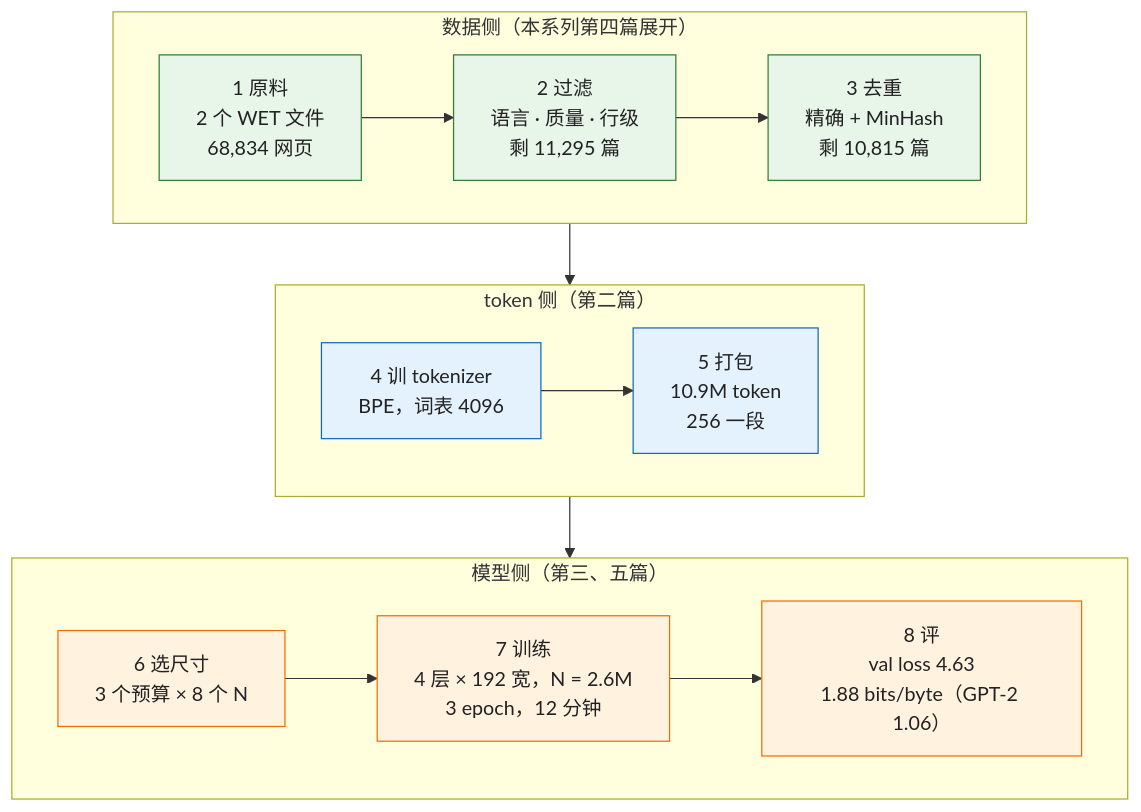
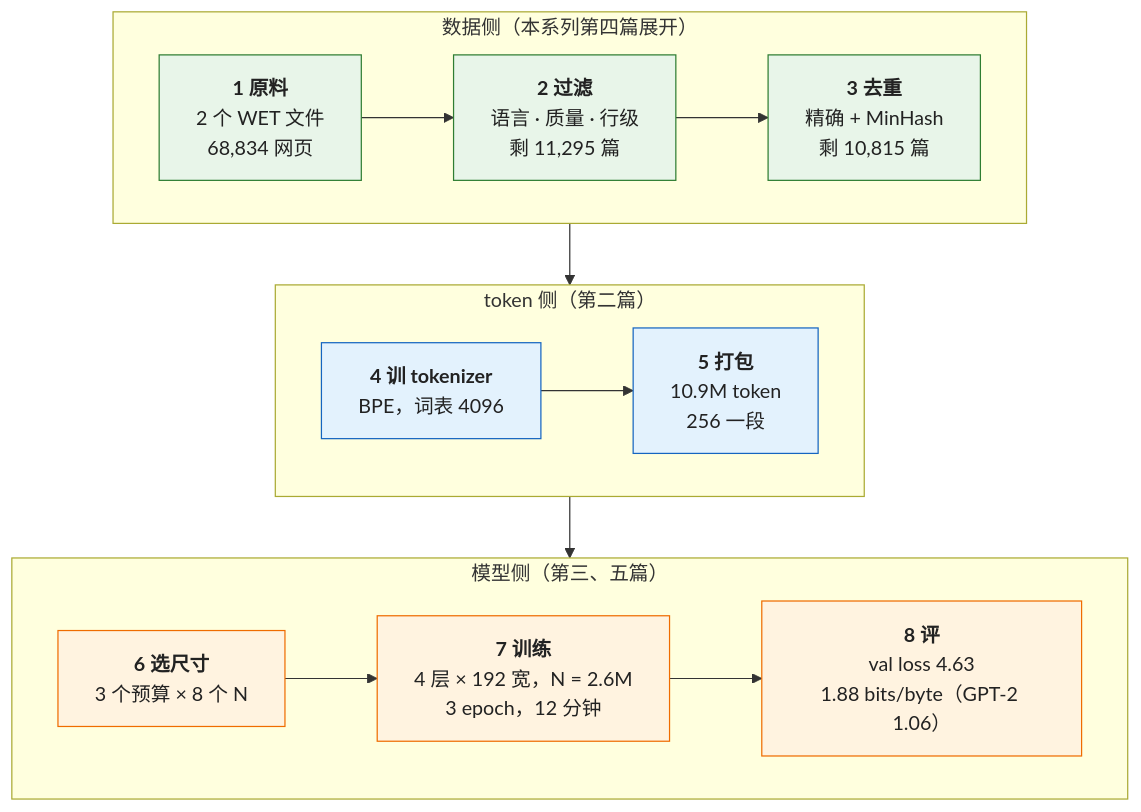
One commit to arganzheng/arganzheng.github.com changed the diagram in _posts/2026-04-09-pretraining-end-to-end-from-web-pages-to-a-model.md. Above: the diagram before and after it, drawn with Mermaid. The commit also changed 5 other files, not shown here.

First line of the commit message:
预训练：从 tokenizer 到训练配方：Mermaid 多行方框的首行标为标题（6 篇）

````diff
--- a/_posts/2026-04-09-pretraining-end-to-end-from-web-pages-to-a-model.md
+++ b/_posts/2026-04-09-pretraining-end-to-end-from-web-pages-to-a-model.md
@@ -21,23 +21,23 @@
 ```mermaid
 %% 图：一次预训练的八步：数据侧三步把网页变成干净的文档，token 侧两步把文档变成 token 流，模型侧三步把 token 流变成模型；括号里是本文实跑的规模
 flowchart TB
     subgraph D["数据侧（本系列第四篇展开）"]
         direction LR
-        R["1 原料<br/>2 个 WET 文件<br/>68,834 网页"] --> F["2 过滤<br/>语言 · 质量 · 行级<br/>剩 11,295 篇"] --> X["3 去重<br/>精确 + MinHash<br/>剩 10,815 篇"]
+        R["<b>1 原料</b><br/>2 个 WET 文件<br/>68,834 网页"] --> F["<b>2 过滤</b><br/>语言 · 质量 · 行级<br/>剩 11,295 篇"] --> X["<b>3 去重</b><br/>精确 + MinHash<br/>剩 10,815 篇"]
     end
     subgraph T["token 侧（第二篇）"]
         direction LR
-        K["4 训 tokenizer<br/>BPE，词表 4096"] --> P["5 打包<br/>10.9M token<br/>256 一段"]
+        K["<b>4 训 tokenizer</b><br/>BPE，词表 4096"] --> P["<b>5 打包</b><br/>10.9M token<br/>256 一段"]
     end
     subgraph M["模型侧（第三、五篇）"]
         direction LR
-        S["6 选尺寸<br/>3 个预算 × 8 个 N"] --> TR["7 训练<br/>4 层 × 192 宽，N = 2.6M<br/>3 epoch，12 分钟"] --> E["8 评<br/>val loss 4.63<br/>1.88 bits/byte（GPT-2 1.06）"]
+        S["<b>6 选尺寸</b><br/>3 个预算 × 8 个 N"] --> TR["<b>7 训练</b><br/>4 层 × 192 宽，N = 2.6M<br/>3 epoch，12 分钟"] --> E["<b>8 评</b><br/>val loss 4.63<br/>1.88 bits/byte（GPT-2 1.06）"]
     end
     D --> T --> M
     classDef d fill:#e8f5e9,stroke:#2e7d32,color:#222
     classDef t fill:#e3f2fd,stroke:#1565c0,color:#222
     classDef m fill:#fff3e0,stroke:#ef6c00,color:#222
     class R,F,X d
     class K,P t
     class S,TR,E m
 ```
````
